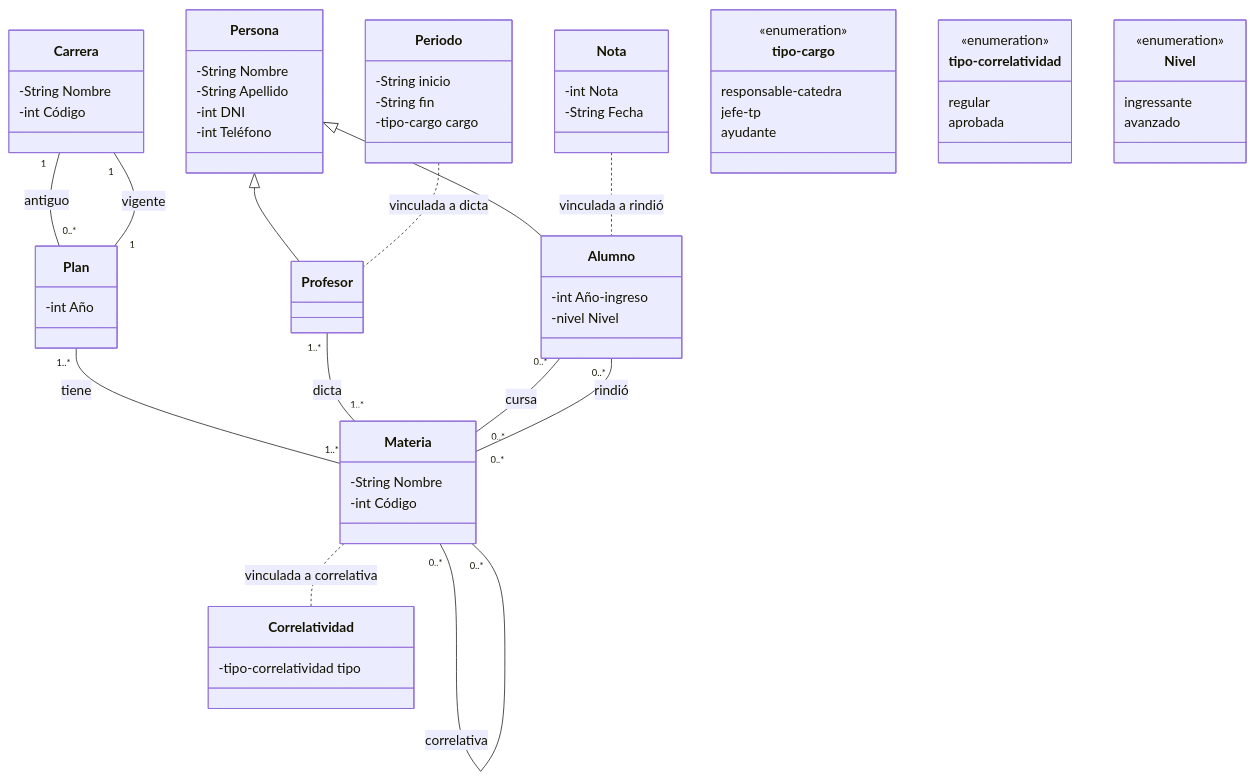
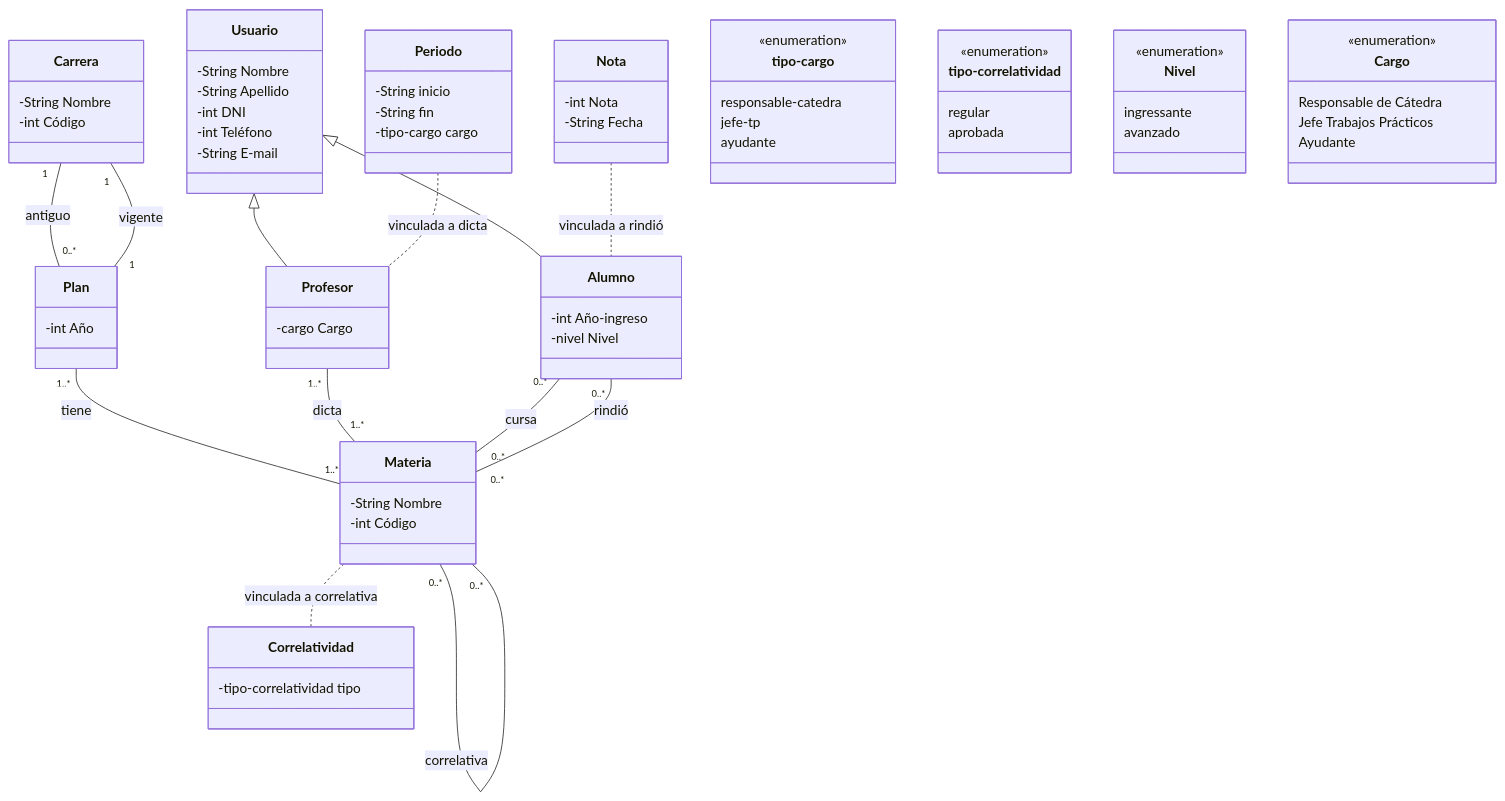
The diagram in taller-2026/DC.md (BenjaminBavera/Grupo-1-Ingenieria-de-Software), drawn with Mermaid before and after one commit.

Commit message:
Cambio Persona por Usuario y agrego Rol (profesores)

````diff
--- a/taller-2026/DC.md
+++ b/taller-2026/DC.md
@@ -1,72 +1,88 @@
 ```mermaid
 classDiagram
-    class Persona{
-        -String Nombre
-        -String Apellido
-        -int DNI
-        -int Teléfono
+    class Usuario {
+	    -String Nombre
+	    -String Apellido
+	    -int DNI
+	    -int Teléfono
+        -String E-mail
     }
-    class Alumno{
-      -int Año-ingreso
-      -nivel Nivel
+
+    class Alumno {
+	    -int Año-ingreso
+	    -nivel Nivel
     }
-    class Profesor{
+
+    class Profesor {
+        -cargo Cargo
     }
-    class Materia{
-        -String Nombre
-        -int Código
+
+    class Materia {
+	    -String Nombre
+	    -int Código
     }
-    class Periodo{
-        -String inicio
-        -String fin
-        -tipo-cargo cargo
+
+    class Periodo {
+	    -String inicio
+	    -String fin
+	    -tipo-cargo cargo
     }
-    class Correlatividad{
-        -tipo-correlatividad tipo
+
+    class Correlatividad {
+	    -tipo-correlatividad tipo
     }
-    class Nota{
-        -int Nota
-        -String Fecha
+
+    class Nota {
+	    -int Nota
+	    -String Fecha
     }
-    class Carrera{
-        -String Nombre
-        -int Código
+
+    class Carrera {
+	    -String Nombre
+	    -int Código
     }
-    class Plan{
-        -int Año
+
+    class Plan {
+	    -int Año
     }
+
+    class `tipo-cargo` {
+	    responsable-catedra
+	    jefe-tp
+	    ayudante
+    }
+
+    class `tipo-correlatividad` {
+	    regular
+	    aprobada
+    }
+
+    class Nivel {
+	    ingressante
+	    avanzado
+    }
+
+    class Cargo{
+        Responsable de Cátedra
+        Jefe Trabajos Prácticos
+        Ayudante
+    }
+
+	<<enumeration>> `tipo-cargo`
+	<<enumeration>> `tipo-correlatividad`
+	<<enumeration>> Nivel
+    <<enumeration>> Cargo
 
     Carrera "1" -- "0..*" Plan : antiguo
     Carrera "1" -- "1" Plan : vigente
     Plan "1..*" -- "1..*" Materia : tiene
-
-    Persona <|-- Profesor
-    Persona <|-- Alumno
-
+    Usuario <|-- Profesor
+    Usuario <|-- Alumno
     Profesor "1..*" -- "1..*" Materia : dicta
     Periodo .. Profesor : vinculada a dicta
-
-    Alumno "0..*"-- "0..* " Materia : cursa
+    Alumno "0..*" -- "0..*" Materia : cursa
     Alumno "0..*" -- "0..*" Materia : rindió
     Nota .. Alumno : vinculada a rindió
-
     Materia "0..*" -- "0..*" Materia : correlativa
     Materia .. Correlatividad : vinculada a correlativa
-
-    class tipo-cargo{
-        <<enumeration>>
-        responsable-catedra
-        jefe-tp 
-        ayudante
-    }
-    class tipo-correlatividad{
-        <<enumeration>>
-        regular
-        aprobada
-    }
-    class Nivel{
-        <<enumeration>>
-        ingressante
-        avanzado
-    }
 ```
````
